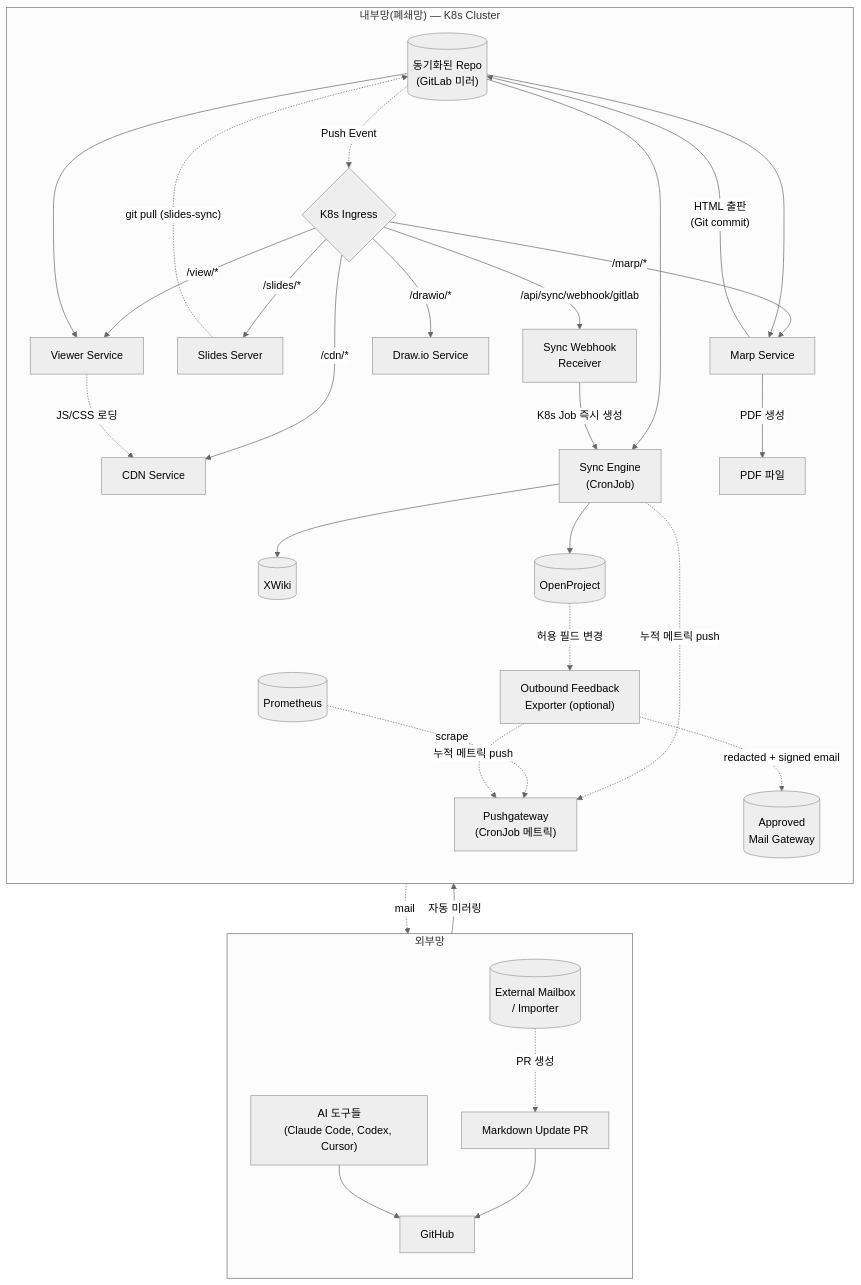
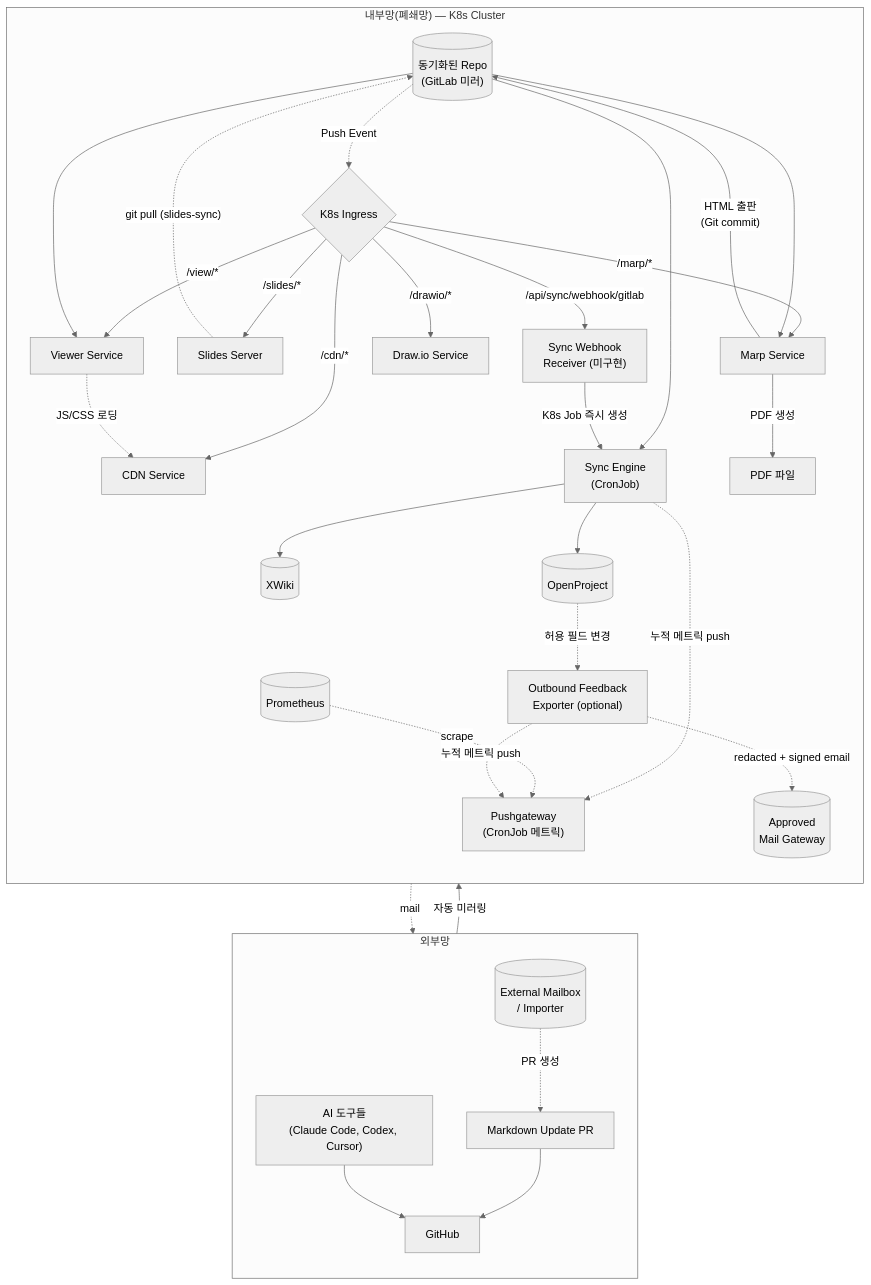
The first of 2 diagrams in README.md (sch0718/synctx), drawn with Mermaid (neutral theme) before and after one commit. The commit also changed other lines of this file and 33 other files, not shown here.

````diff
--- a/README.md
+++ b/README.md
@@ -43,68 +45,68 @@
 ```mermaid
 flowchart TB
     subgraph External["외부망"]
         direction TB
         AI["AI 도구들<br>(Claude Code, Codex, Cursor)"]
         GitHub["GitHub"]
         ExternalInbox[("External Mailbox<br>/ Importer")]
         PR["Markdown Update PR"]
 
         AI --> GitHub
         ExternalInbox -. "PR 생성" .-> PR
         PR --> GitHub
     end
 
     subgraph Internal["내부망(폐쇄망) — K8s Cluster"]
         direction TB
         GitLab[("동기화된 Repo<br>(GitLab 미러)")]
         GitHub -- "자동 미러링" --> GitLab
 
         Ingress{"K8s Ingress"}
         Viewer["Viewer Service"]
         CDN["CDN Service"]
         Drawio["Draw.io Service"]
         Marp["Marp Service"]
         Slides["Slides Server"]
-        SyncWebhook["Sync Webhook<br>Receiver"]
+        SyncWebhook["Sync Webhook<br>Receiver (미구현)"]
         Sync["Sync Engine<br>(CronJob)"]
         Pushgateway["Pushgateway<br>(CronJob 메트릭)"]
         Prometheus[("Prometheus")]
         Feedback["Outbound Feedback<br>Exporter (optional)"]
         MailGateway[("Approved<br>Mail Gateway")]
 
         XWiki[("XWiki")]
         OP[("OpenProject")]
 
         GitLab -. "Push Event" .-> Ingress
 
         Ingress -- "/view/*" --> Viewer
         Ingress -- "/cdn/*" --> CDN
         Ingress -- "/slides/*" --> Slides
         Ingress -- "/marp/*" --> Marp
         Ingress -- "/drawio/*" --> Drawio
         Ingress -- "/api/sync/webhook/gitlab" --> SyncWebhook
 
         GitLab --> Viewer
         GitLab --> Marp
         GitLab --> Sync
 
         Viewer -. "JS/CSS 로딩" .-> CDN
 
         Marp -- "PDF 생성" --> PDF["PDF 파일"]
         Marp -- "HTML 출판<br>(Git commit)" --> GitLab
 
         Slides -. "git pull (slides-sync)" .-> GitLab
 
         SyncWebhook -- "K8s Job 즉시 생성" --> Sync
         Sync --> XWiki
         Sync --> OP
         Sync -. "누적 메트릭 push" .-> Pushgateway
         Prometheus -. "scrape" .-> Pushgateway
 
         OP -. "허용 필드 변경" .-> Feedback
         Feedback -. "redacted + signed email" .-> MailGateway
         Feedback -. "누적 메트릭 push" .-> Pushgateway
     end
 
     MailGateway -. "mail" .-> ExternalInbox
 ```
````
